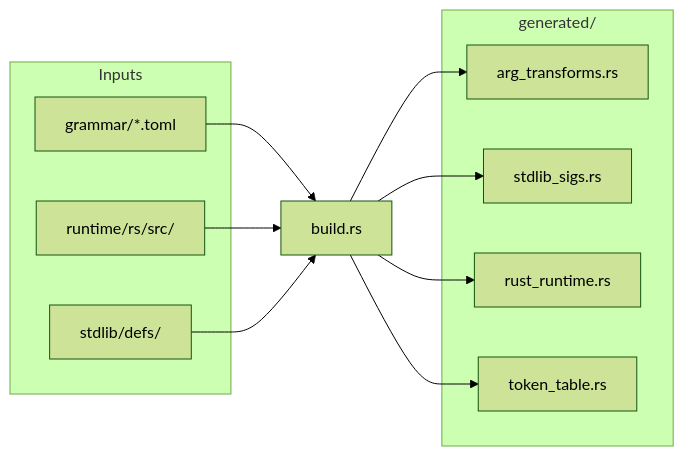
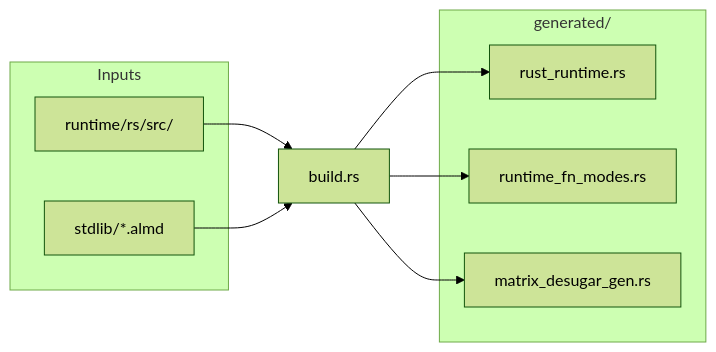
Before and after one commit to almide/docs: the first of 3 diagrams in src/content/docs/design/architecture.mdx, drawn with Mermaid (forest theme). The commit also changed other lines of this file and 2 other files, not shown here.

Commit message:
mermaid図をブラウザ自動翻訳から保護し、architecture を現状に更新(almide-mir、emit_wasm削除、行数/クレート数/パス数/診断数)

````diff
--- a/src/content/docs/design/architecture.mdx
+++ b/src/content/docs/design/architecture.mdx
@@ -16,22 +16,18 @@
 ```mermaid
 graph LR
   subgraph Inputs
-    G["grammar/*.toml"]
     RR["runtime/rs/src/"]
-    S["stdlib/defs/"]
+    ST["stdlib/*.almd"]
   end
   B["build.rs"]
   subgraph "generated/"
-    AT["arg_transforms.rs"]
-    SS["stdlib_sigs.rs"]
     RRT["rust_runtime.rs"]
-    TT["token_table.rs"]
+    RFM["runtime_fn_modes.rs"]
+    MDG["matrix_desugar_gen.rs"]
   end
-  G --> B
   RR --> B
-  S --> B
-  B --> AT
-  B --> SS
+  ST --> B
   B --> RRT
-  B --> TT
+  B --> RFM
+  B --> MDG
 ```
````
